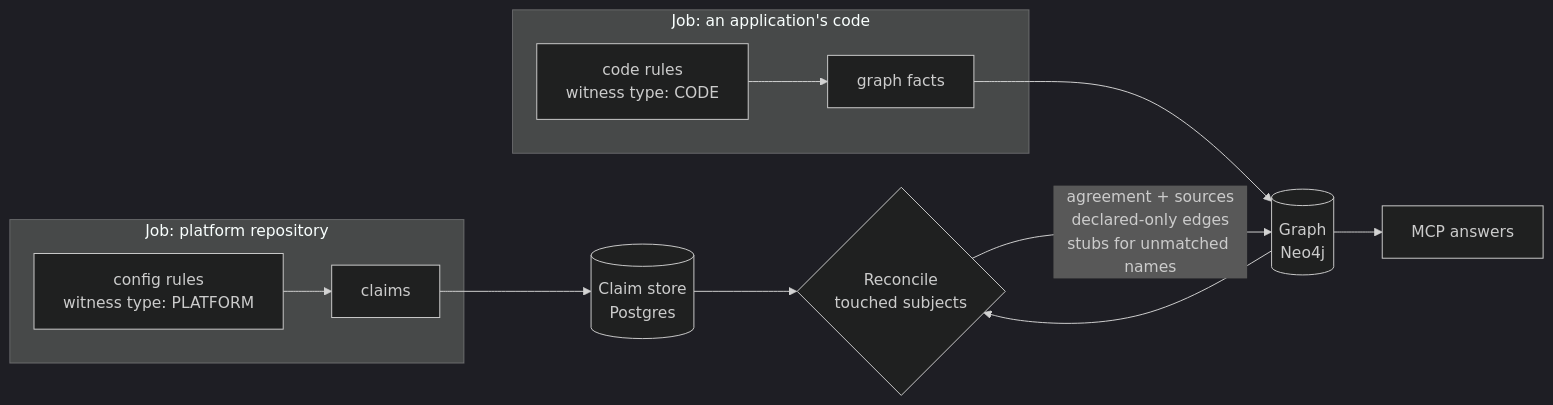
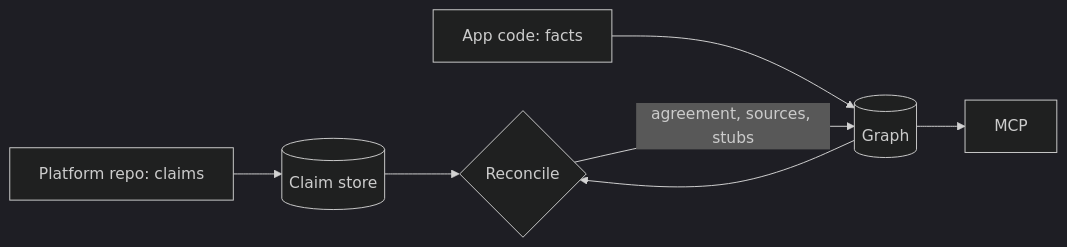
One commit to KBavis/steno changed the diagram in docs/how-it-works/ingestion/claims-and-reconcile.md. Above: the diagram before and after it, drawn with Mermaid (dark theme). The commit also changed other lines of this file and 35 other files, not shown here.

First line of the commit message:
docs: simplify the docs and record D150 (flows-first routing)

````diff
--- a/docs/how-it-works/ingestion/claims-and-reconcile.md
+++ b/docs/how-it-works/ingestion/claims-and-reconcile.md
@@ -12,15 +11,8 @@
 ```mermaid
 flowchart LR
-    subgraph JobX["Job: platform repository"]
-      XF["config rules<br/>witness type: PLATFORM"] --> XC["claims"]
-    end
-    subgraph JobA["Job: an application's code"]
-      AF["code rules<br/>witness type: CODE"] --> AG["graph facts"]
-    end
-    XC --> CS[("Claim store<br/>Postgres")]
-    AG --> G[("Graph<br/>Neo4j")]
-    CS --> RC{"Reconcile<br/>touched subjects"}
-    G --> RC
-    RC -- "agreement + sources<br/>declared-only edges<br/>stubs for unmatched names" --> G
-    G --> MCP["MCP answers"]
+    XC["Platform repo: claims"] --> CS[("Claim store")]
+    AG["App code: facts"] --> G[("Graph")]
+    CS & G --> RC{"Reconcile"}
+    RC -- "agreement, sources, stubs" --> G
+    G --> MCP["MCP"]
 ```
````
